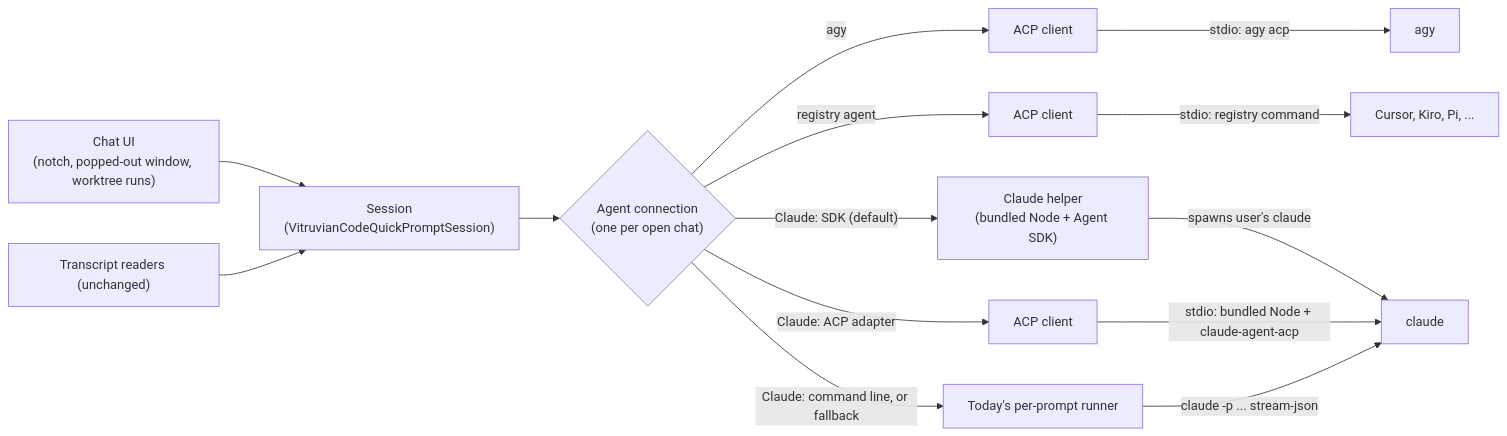
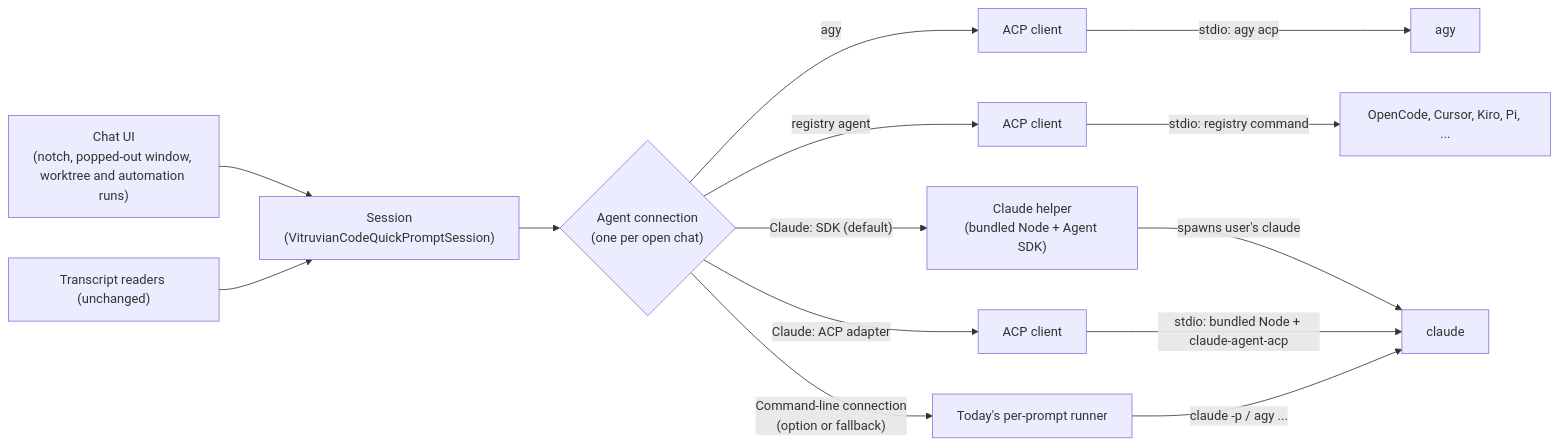
One commit to VitruvianSoftware/vitruvian-core changed the diagram in apps/desktop/vitruvian-code/docs/designs/vitruvian-code-acp.md. Above: the diagram before and after it, drawn with Mermaid. The commit also changed other lines of this file, not shown here.

Commit message:
docs(vitruvian-code): apply Stage 7 design review fixes to the ACP design

````diff
--- a/apps/desktop/vitruvian-code/docs/designs/vitruvian-code-acp.md
+++ b/apps/desktop/vitruvian-code/docs/designs/vitruvian-code-acp.md
@@ -198,11 +212,11 @@
 ```mermaid
 flowchart LR
-    UI["Chat UI\n(notch, popped-out window, worktree runs)"] --> S["Session\n(VitruvianCodeQuickPromptSession)"]
-    S --> C{"Agent connection\n(one per open chat)"}
+    UI["Chat UI<br>(notch, popped-out window, worktree and automation runs)"] --> S["Session<br>(VitruvianCodeQuickPromptSession)"]
+    S --> C{"Agent connection<br>(one per open chat)"}
     C -->|agy| A["ACP client"] -->|"stdio: agy acp"| AGY["agy"]
-    C -->|registry agent| A2["ACP client"] -->|"stdio: registry command"| REG["Cursor, Kiro, Pi, ..."]
-    C -->|"Claude: SDK (default)"| H["Claude helper\n(bundled Node + Agent SDK)"] -->|"spawns user's claude"| CL["claude"]
+    C -->|registry agent| A2["ACP client"] -->|"stdio: registry command"| REG["OpenCode, Cursor, Kiro, Pi, ..."]
+    C -->|"Claude: SDK (default)"| H["Claude helper<br>(bundled Node + Agent SDK)"] -->|"spawns user's claude"| CL["claude"]
     C -->|"Claude: ACP adapter"| A3["ACP client"] -->|"stdio: bundled Node + claude-agent-acp"| CL
-    C -->|"Claude: command line, or fallback"| L["Today's per-prompt runner"] -->|"claude -p ... stream-json"| CL
+    C -->|"Command-line connection<br>(option or fallback)"| L["Today's per-prompt runner"] -->|"claude -p / agy ..."| CL
     T["Transcript readers (unchanged)"] --> S
 ```
````
